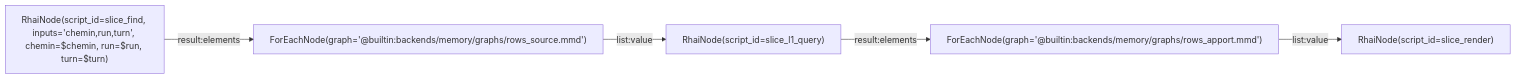
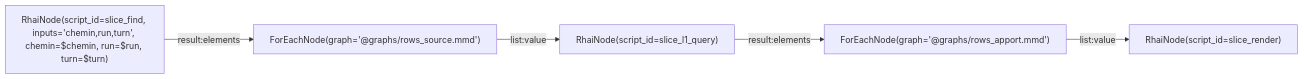
Before and after one commit to L-Defraiteur/rag3db: the diagram in extension/rag3weaver/templates/backends/memory/graphs/get_slice.mmd, drawn with Mermaid. The commit also changed 20 other files, not shown here.

Commit message:
feat(memoire): le gabarit memory cite ses graphes et ses Plans sur disque (@graphs/, @plans/), versés dans le gabarit : une copie éditée change ce que l'appel joue et la version du gabarit ; @builtin: ne reste que pour les outils génériques du moteur (select_structured, search_structured)

```diff
--- a/extension/rag3weaver/templates/backends/memory/graphs/get_slice.mmd
+++ b/extension/rag3weaver/templates/backends/memory/graphs/get_slice.mmd
@@ -1,17 +1,17 @@
 %% tool: get_slice
 %% description: A slice of a run, in clear: by the path of its Source, or by a turn it contains (run and turn). Returns {state: closed, chemin, run, from_turn, to_turn, slice_summary, l1: [{fiche, section, from_turn, to_turn}]} for a filed slice; {state: open, l1: []} when no slice contains the turn yet (not filed). From a turn to its slice and the L1 it produced.
 %% param: chemin string = "" -- The path of the slice Source (sources/<run slug>-turns-<a>-<b>.md).
 %% param: run string = "" -- Without chemin: the run.
 %% param: turn int = 0 -- Without chemin: a turn of the slice.
 %% result: render.result
 
 graph LR
     find["RhaiNode(script_id=slice_find, inputs='chemin,run,turn', chemin=$chemin, run=$run, turn=$turn)"]
-    source["ForEachNode(graph='@builtin:backends/memory/graphs/rows_source.mmd')"]
+    source["ForEachNode(graph='@graphs/rows_source.mmd')"]
     query["RhaiNode(script_id=slice_l1_query)"]
-    apports["ForEachNode(graph='@builtin:backends/memory/graphs/rows_apport.mmd')"]
+    apports["ForEachNode(graph='@graphs/rows_apport.mmd')"]
     render["RhaiNode(script_id=slice_render)"]
     find -->|result:elements| source
     source -->|list:value| query
     query -->|result:elements| apports
     apports -->|list:value| render
```
